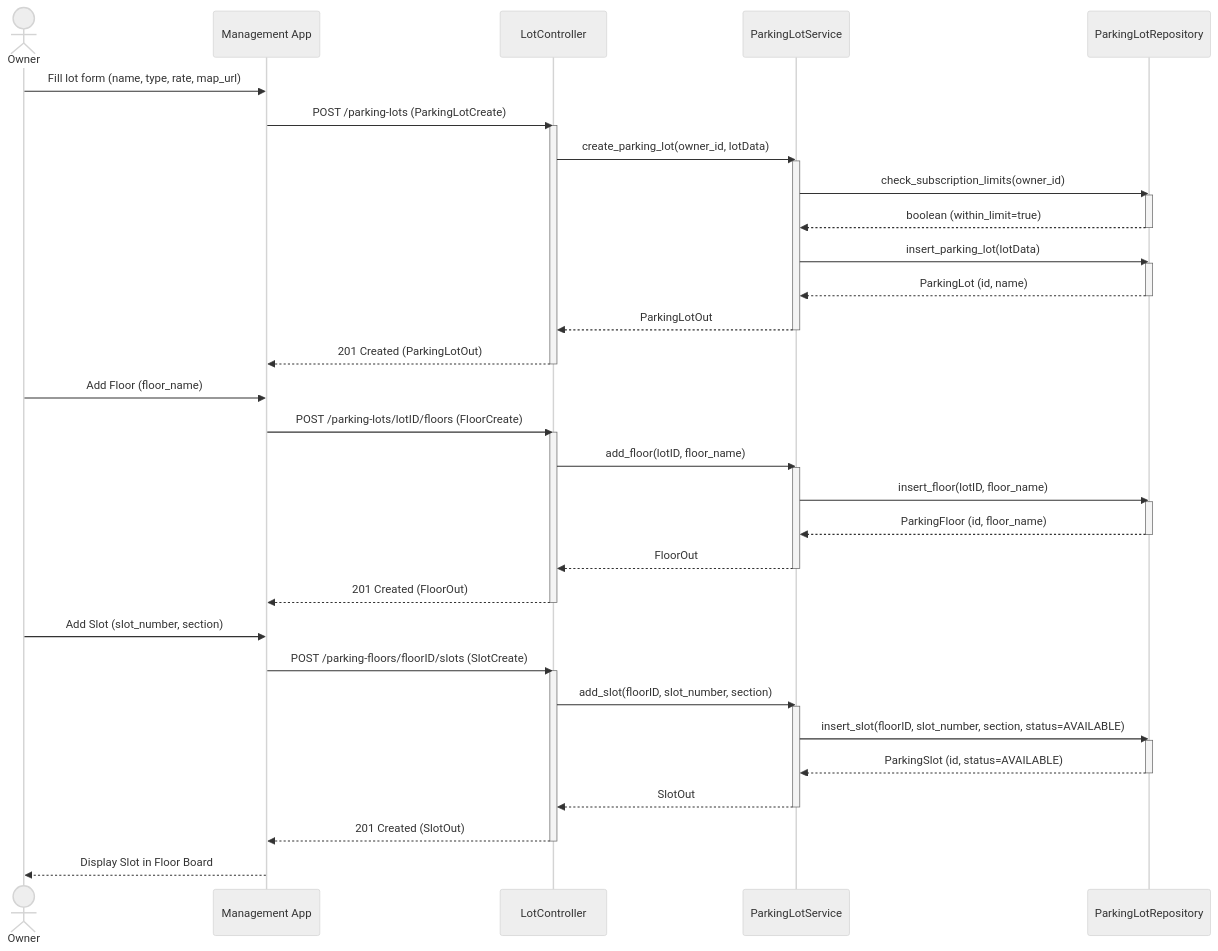
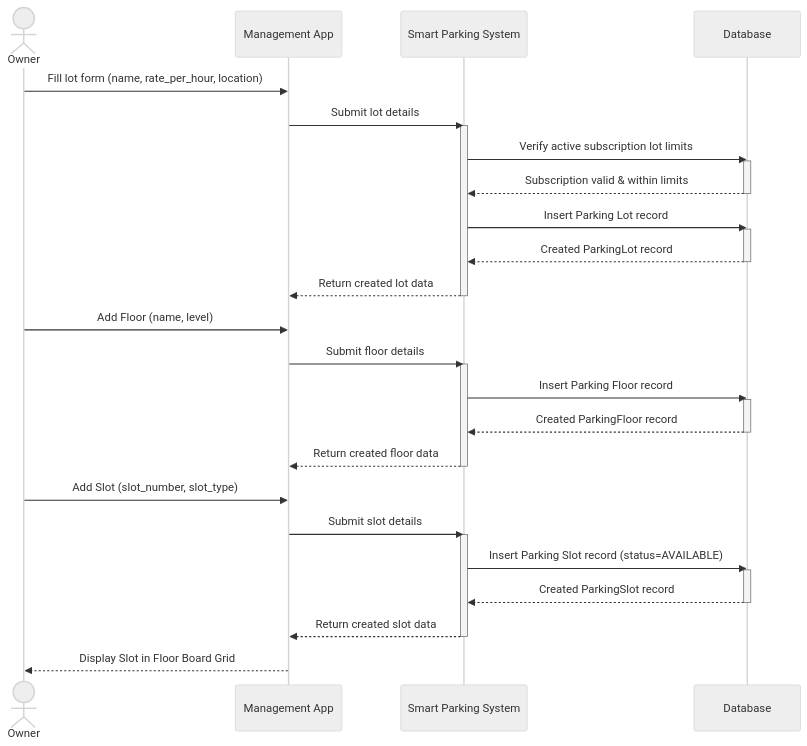
Before and after one commit to kxunsithu/smart-parking-lot-system: diagram 11 of 16 in docs/Smart_Parking_Lot_System_Documentation.md, drawn with Mermaid (neutral theme). The commit also changed other lines of this file, not shown here.

````diff
--- a/docs/Smart_Parking_Lot_System_Documentation.md
+++ b/docs/Smart_Parking_Lot_System_Documentation.md
@@ -1123,55 +1088,42 @@
 ```mermaid
 sequenceDiagram
     actor Owner
     participant UI as Management App
-    participant API as LotController
-    participant Service as ParkingLotService
-    participant DB as ParkingLotRepository
+    participant System as Smart Parking System
+    participant DB as Database
 
-    Owner->>UI: Fill lot form (name, type, rate, map_url)
-    UI->>API: POST /parking-lots (ParkingLotCreate)
-    activate API
-    API->>Service: create_parking_lot(owner_id, lotData)
-    activate Service
-    Service->>DB: check_subscription_limits(owner_id)
+    Owner->>UI: Fill lot form (name, rate_per_hour, location)
+    UI->>System: Submit lot details
+    activate System
+    System->>DB: Verify active subscription lot limits
     activate DB
-    DB-->>Service: boolean (within_limit=true)
+    DB-->>System: Subscription valid & within limits
     deactivate DB
-    Service->>DB: insert_parking_lot(lotData)
+    System->>DB: Insert Parking Lot record
     activate DB
-    DB-->>Service: ParkingLot (id, name)
+    DB-->>System: Created ParkingLot record
     deactivate DB
-    Service-->>API: ParkingLotOut
-    deactivate Service
-    API-->>UI: 201 Created (ParkingLotOut)
-    deactivate API
+    System-->>UI: Return created lot data
+    deactivate System
 
-    Owner->>UI: Add Floor (floor_name)
-    UI->>API: POST /parking-lots/lotID/floors (FloorCreate)
-    activate API
-    API->>Service: add_floor(lotID, floor_name)
-    activate Service
-    Service->>DB: insert_floor(lotID, floor_name)
+    Owner->>UI: Add Floor (name, level)
+    UI->>System: Submit floor details
+    activate System
+    System->>DB: Insert Parking Floor record
     activate DB
-    DB-->>Service: ParkingFloor (id, floor_name)
+    DB-->>System: Created ParkingFloor record
     deactivate DB
-    Service-->>API: FloorOut
-    deactivate Service
-    API-->>UI: 201 Created (FloorOut)
-    deactivate API
+    System-->>UI: Return created floor data
+    deactivate System
 
-    Owner->>UI: Add Slot (slot_number, section)
-    UI->>API: POST /parking-floors/floorID/slots (SlotCreate)
-    activate API
-    API->>Service: add_slot(floorID, slot_number, section)
-    activate Service
-    Service->>DB: insert_slot(floorID, slot_number, section, status=AVAILABLE)
+    Owner->>UI: Add Slot (slot_number, slot_type)
+    UI->>System: Submit slot details
+    activate System
+    System->>DB: Insert Parking Slot record (status=AVAILABLE)
     activate DB
-    DB-->>Service: ParkingSlot (id, status=AVAILABLE)
+    DB-->>System: Created ParkingSlot record
     deactivate DB
-    Service-->>API: SlotOut
-    deactivate Service
-    API-->>UI: 201 Created (SlotOut)
-    deactivate API
-    UI-->>Owner: Display Slot in Floor Board
+    System-->>UI: Return created slot data
+    deactivate System
+    UI-->>Owner: Display Slot in Floor Board Grid
 ```
````
